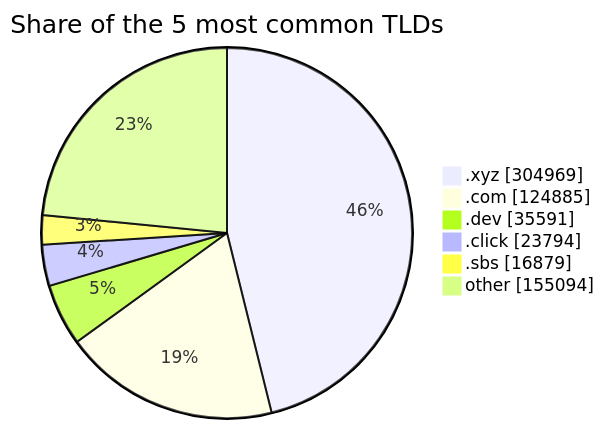
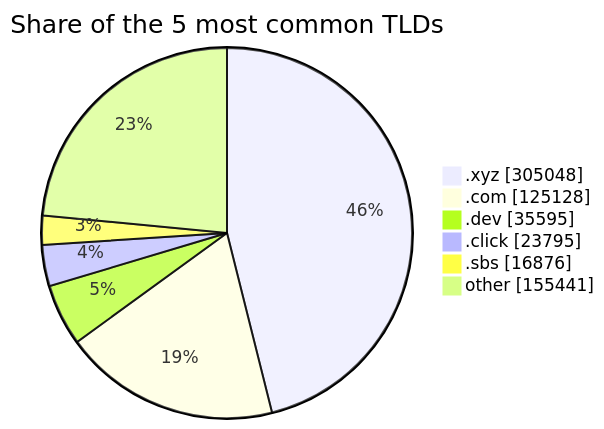
The third of 3 diagrams in README.md (DNSBunker/CTI), drawn with Mermaid before and after one commit. The commit also changed other lines of this file and 3 other files, not shown here.

````diff
--- a/README.md
+++ b/README.md
@@ -81,9 +81,9 @@
 ```mermaid
 pie showData title Share of the 5 most common TLDs
-    ".xyz" : 304969
-    ".com" : 124885
-    ".dev" : 35591
-    ".click" : 23794
-    ".sbs" : 16879
-    "other" : 155094
+    ".xyz" : 305048
+    ".com" : 125128
+    ".dev" : 35595
+    ".click" : 23795
+    ".sbs" : 16876
+    "other" : 155441
 ```
````
